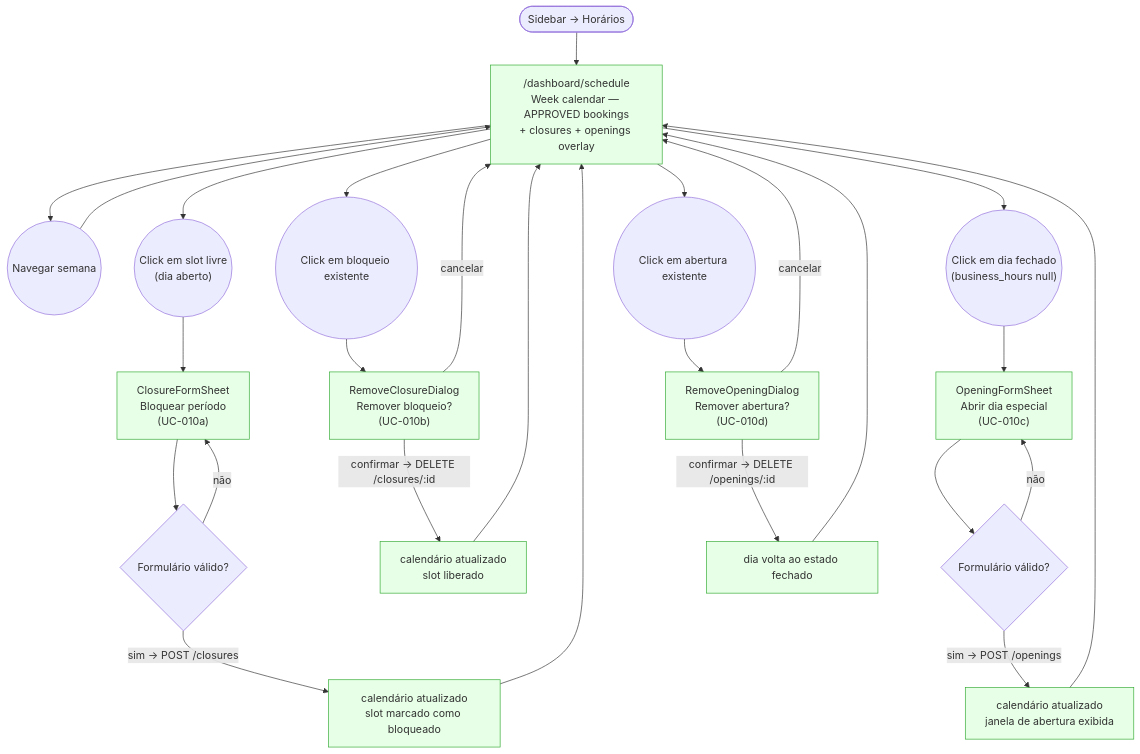
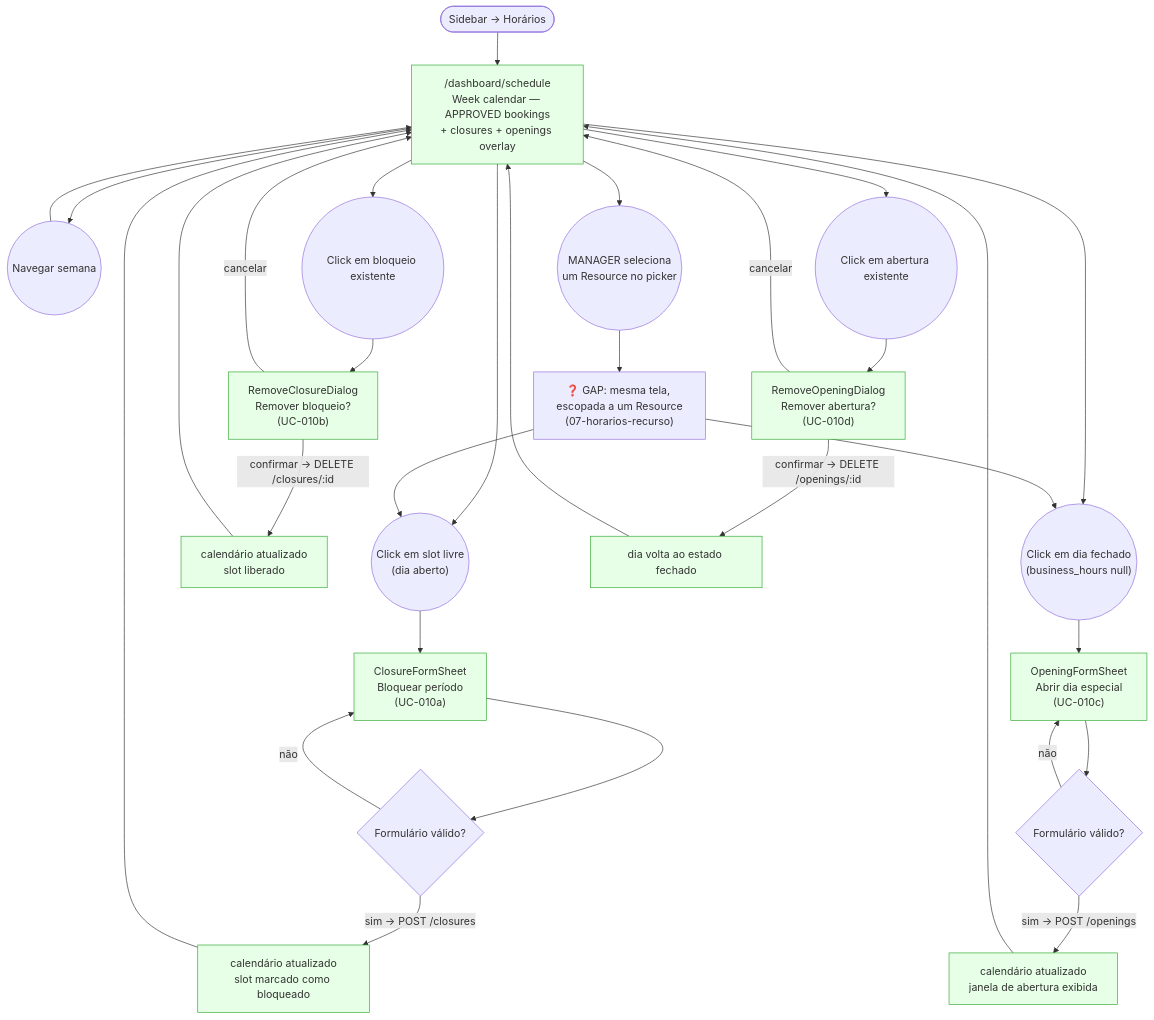
One commit to lmmoreira/ikaro changed the diagram in plan/journey/staff/horarios.md. Above: the diagram before and after it, drawn with Mermaid. The commit also changed other lines of this file and 125 other files, not shown here.

````diff
--- a/plan/journey/staff/horarios.md
+++ b/plan/journey/staff/horarios.md
@@ -10,38 +10,44 @@
 ```mermaid
 flowchart TD
     classDef existing fill:#e6ffe6,stroke:#3a3
     classDef gap stroke:#f00,stroke-dasharray: 5 5,fill:#fee
 
     Start(["Sidebar → Horários"]) --> Schedule["/dashboard/schedule<br/>Week calendar — APPROVED bookings<br/>+ closures + openings overlay"]
 
     Schedule --> WeekNav(("Navegar semana"))
     WeekNav --> Schedule
 
     Schedule --> ClickSlot(("Click em slot livre<br/>(dia aberto)"))
     ClickSlot --> ClosureSheet["ClosureFormSheet<br/>Bloquear período<br/>(UC-010a)"]
     ClosureSheet --> ClosureForm{"Formulário válido?"}
     ClosureForm -- não --> ClosureSheet
     ClosureForm -- sim → POST /closures --> ClosureSuccess["calendário atualizado<br/>slot marcado como bloqueado"]
     ClosureSuccess --> Schedule
 
     Schedule --> ClickClosure(("Click em bloqueio existente"))
     ClickClosure --> RemoveClosureSheet["RemoveClosureDialog<br/>Remover bloqueio?<br/>(UC-010b)"]
     RemoveClosureSheet -- cancelar --> Schedule
     RemoveClosureSheet -- confirmar → DELETE /closures/:id --> RemoveClosureSuccess["calendário atualizado<br/>slot liberado"]
     RemoveClosureSuccess --> Schedule
 
     Schedule --> ClickClosedDay(("Click em dia fechado<br/>(business_hours null)"))
     ClickClosedDay --> OpeningSheet["OpeningFormSheet<br/>Abrir dia especial<br/>(UC-010c)"]
     OpeningSheet --> OpeningForm{"Formulário válido?"}
     OpeningForm -- não --> OpeningSheet
     OpeningForm -- sim → POST /openings --> OpeningSuccess["calendário atualizado<br/>janela de abertura exibida"]
     OpeningSuccess --> Schedule
 
     Schedule --> ClickOpening(("Click em abertura existente"))
     ClickOpening --> RemoveOpeningSheet["RemoveOpeningDialog<br/>Remover abertura?<br/>(UC-010d)"]
     RemoveOpeningSheet -- cancelar --> Schedule
     RemoveOpeningSheet -- confirmar → DELETE /openings/:id --> RemoveOpeningSuccess["dia volta ao estado fechado"]
     RemoveOpeningSuccess --> Schedule
 
     class Schedule,ClosureSheet,ClosureSuccess,RemoveClosureSheet,RemoveClosureSuccess,OpeningSheet,OpeningSuccess,RemoveOpeningSheet,RemoveOpeningSuccess existing
+
+    %% M21 Cluster 1 — resource-scoped extension (GAP, MANAGER-only)
+    Schedule --> ResourcePick(("MANAGER seleciona<br/>um Resource no picker"))
+    ResourcePick --> ScheduleScoped["❓ GAP: mesma tela, escopada a um Resource<br/>(07-horarios-recurso)"]
+    ScheduleScoped --> ClickSlot
+    ScheduleScoped --> ClickClosedDay
 ```
````
